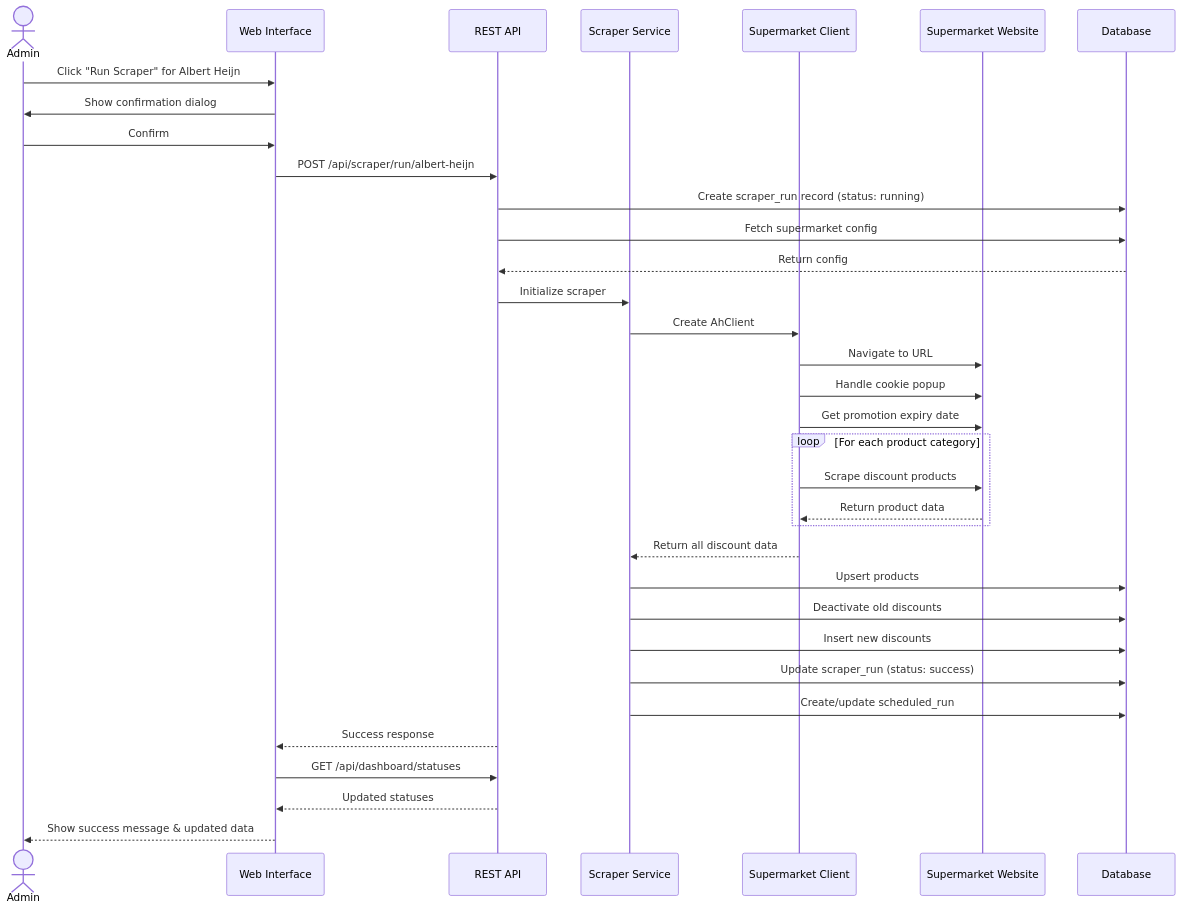
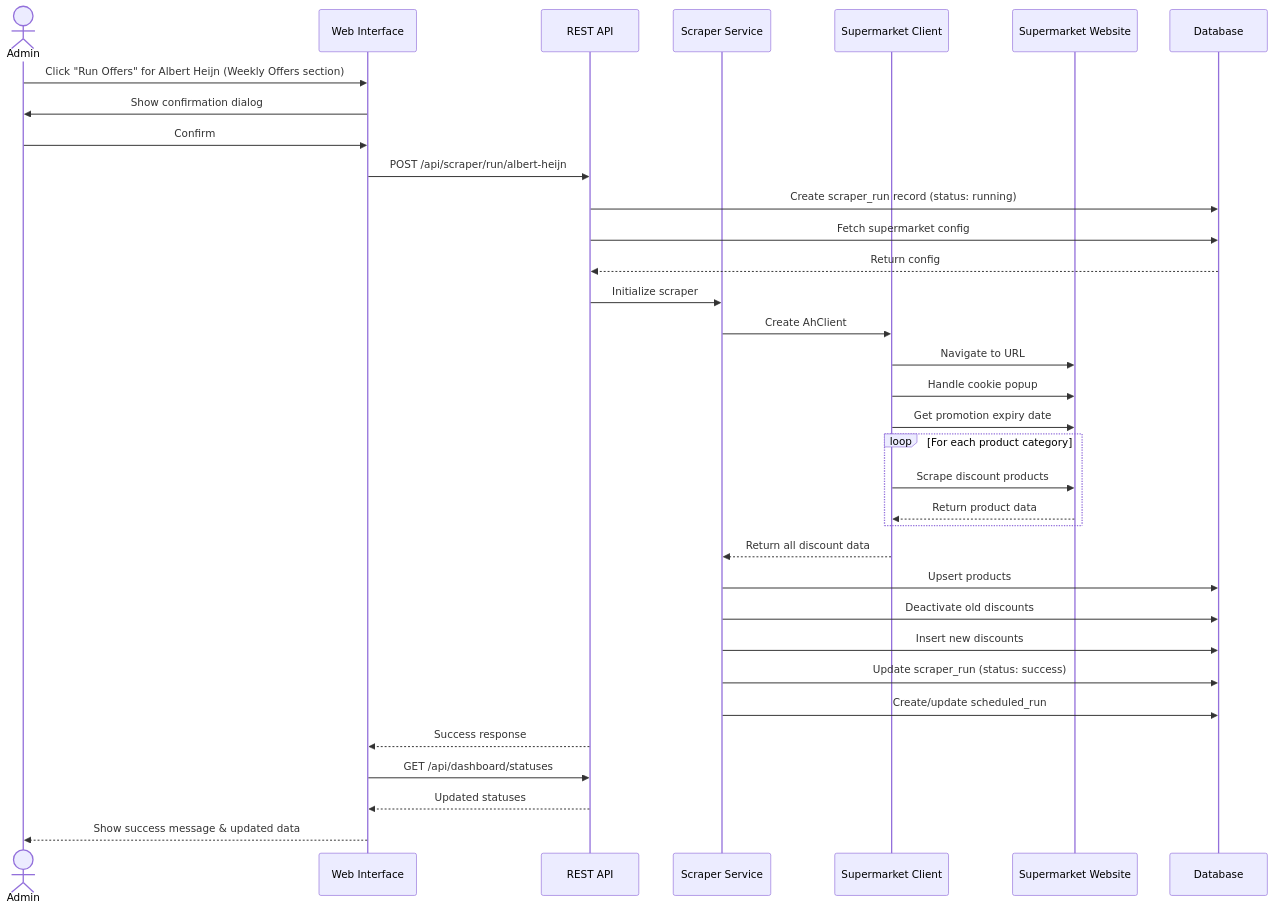
Before and after one commit to shelly-nas/discount-scraper: the third of 12 diagrams in docs/FUNCTIONAL_DESIGN.md, drawn with Mermaid. The commit also changed other lines of this file and 4 other files, not shown here.

First line of the commit message:
chore(web): rename the scraper sections to Weekly Offers and Full Assortment

````diff
--- a/docs/FUNCTIONAL_DESIGN.md
+++ b/docs/FUNCTIONAL_DESIGN.md
@@ -414,43 +414,43 @@
 ```mermaid
 sequenceDiagram
     actor Admin
     participant Web as Web Interface
     participant API as REST API
     participant Scraper as Scraper Service
     participant Client as Supermarket Client
     participant External as Supermarket Website
     participant DB as Database
 
-    Admin->>Web: Click "Run Scraper" for Albert Heijn
+    Admin->>Web: Click "Run Offers" for Albert Heijn (Weekly Offers section)
     Web->>Admin: Show confirmation dialog
     Admin->>Web: Confirm
     Web->>API: POST /api/scraper/run/albert-heijn
 
     API->>DB: Create scraper_run record (status: running)
     API->>DB: Fetch supermarket config
     DB-->>API: Return config
 
     API->>Scraper: Initialize scraper
     Scraper->>Client: Create AhClient
     Client->>External: Navigate to URL
     Client->>External: Handle cookie popup
     Client->>External: Get promotion expiry date
 
     loop For each product category
         Client->>External: Scrape discount products
         External-->>Client: Return product data
     end
 
     Client-->>Scraper: Return all discount data
 
     Scraper->>DB: Upsert products
     Scraper->>DB: Deactivate old discounts
     Scraper->>DB: Insert new discounts
     Scraper->>DB: Update scraper_run (status: success)
     Scraper->>DB: Create/update scheduled_run
 
     API-->>Web: Success response
     Web->>API: GET /api/dashboard/statuses
     API-->>Web: Updated statuses
     Web-->>Admin: Show success message & updated data
 ```
````
